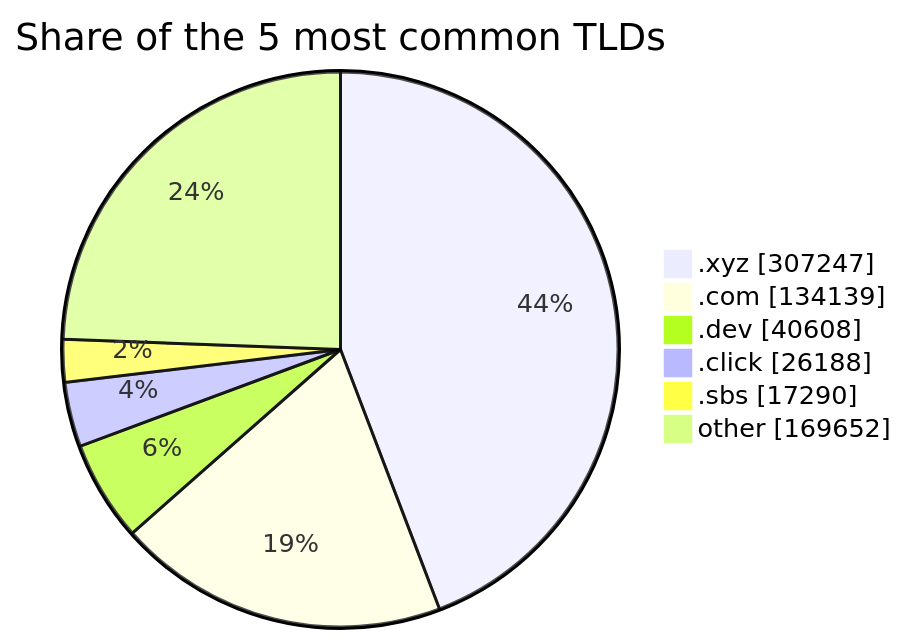
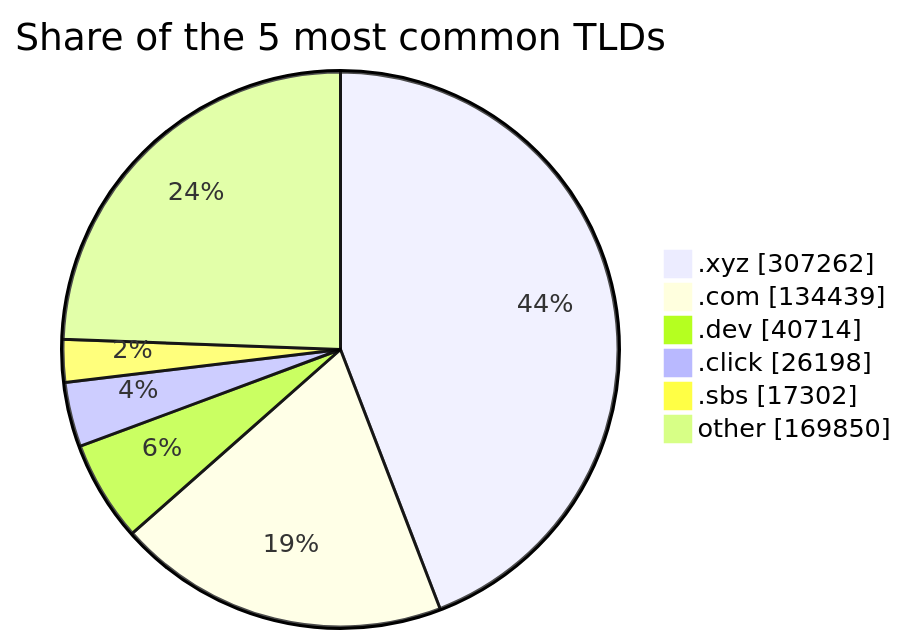
Before and after one commit to DNSBunker/CTI: the third of 3 diagrams in README.md, drawn with Mermaid. The commit also changed other lines of this file and 3 other files, not shown here.

````diff
--- a/README.md
+++ b/README.md
@@ -81,9 +81,9 @@
 ```mermaid
 pie showData title Share of the 5 most common TLDs
-    ".xyz" : 307247
-    ".com" : 134139
-    ".dev" : 40608
-    ".click" : 26188
-    ".sbs" : 17290
-    "other" : 169652
+    ".xyz" : 307262
+    ".com" : 134439
+    ".dev" : 40714
+    ".click" : 26198
+    ".sbs" : 17302
+    "other" : 169850
 ```
````
